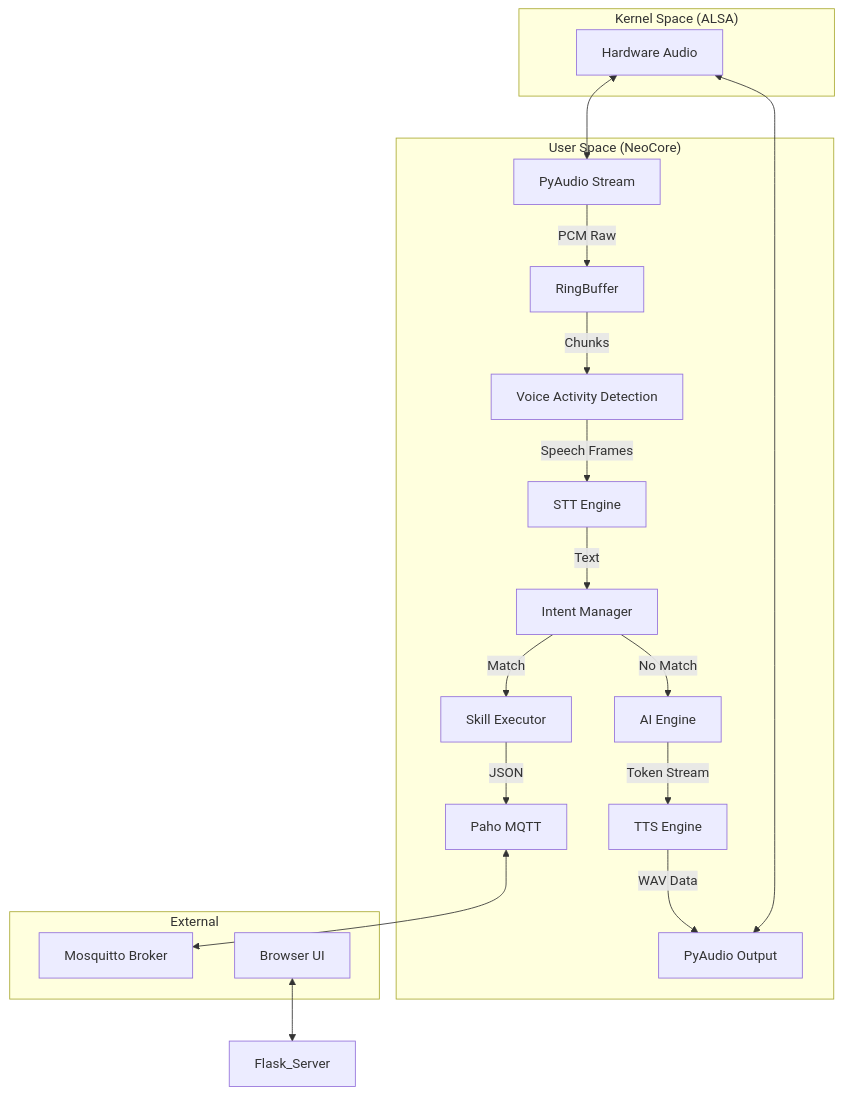
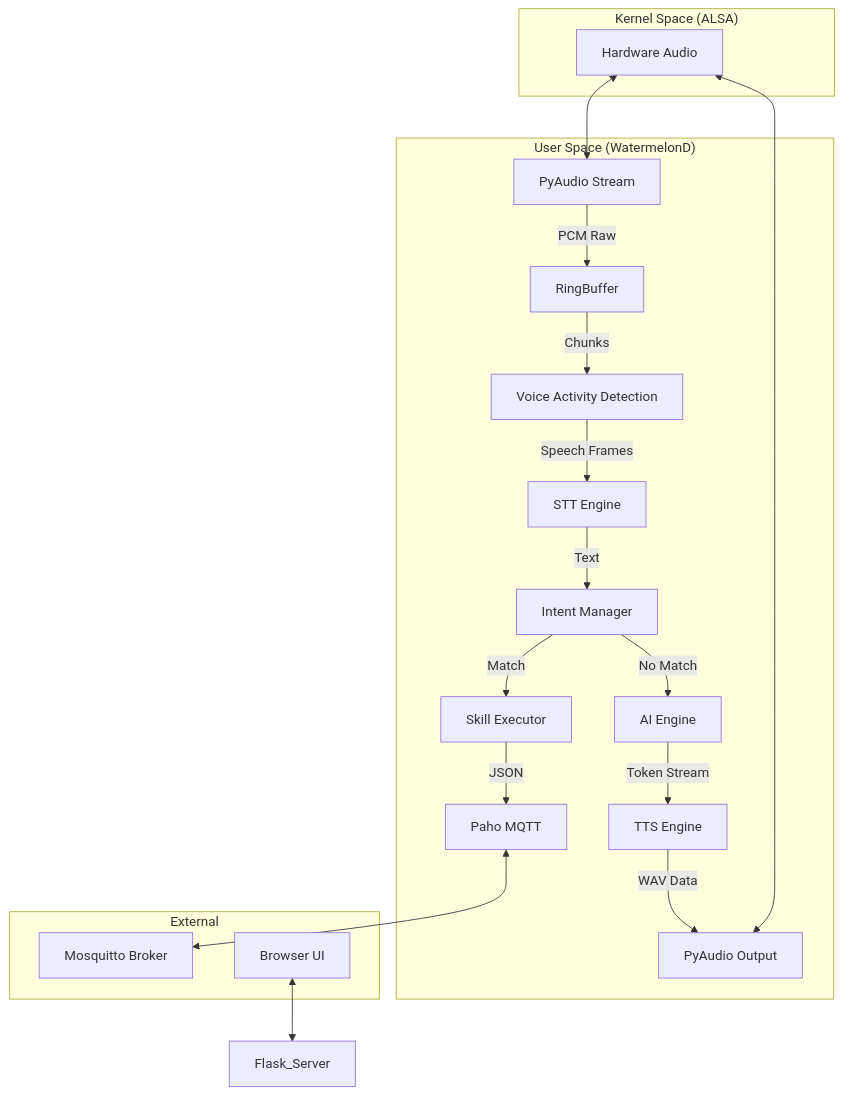
The first of 2 diagrams in docsMD/27_JuanRaulRodriguezGil_SegundaEntrega_PROY.md (OpenMacedonIA/WatermelonD), drawn with Mermaid before and after one commit. The commit also changed other lines of this file and 28 other files, not shown here.

````diff
--- a/docsMD/27_JuanRaulRodriguezGil_SegundaEntrega_PROY.md
+++ b/docsMD/27_JuanRaulRodriguezGil_SegundaEntrega_PROY.md
@@ -1192,31 +1192,31 @@
 ```mermaid
 graph TD
  subgraph "Kernel Space (ALSA)"
  HW[Hardware Audio]
  end
 
- subgraph "User Space (NeoCore)"
+ subgraph "User Space (WatermelonD)"
  Mic[PyAudio Stream] -->|PCM Raw| RingBuffer
  RingBuffer -->|Chunks| VAD[Voice Activity Detection]
  VAD -->|Speech Frames| STT[STT Engine]
  STT -->|Text| Intent[Intent Manager]
  
  Intent -->|Match| Skill[Skill Executor]
  Intent -->|No Match| LLM[AI Engine ]
  
  LLM -->|Token Stream| TTS[TTS Engine]
  TTS -->|WAV Data| Speaker[PyAudio Output]
  
  Skill -->|JSON| MQTT_Client[Paho MQTT]
  end
  
  subgraph "External"
  MQTT_Broker[Mosquitto Broker]
  WebClient[Browser UI]
  end
 
  HW <--> Mic
  HW <--> Speaker
  MQTT_Client <--> MQTT_Broker
  WebClient <--> Flask_Server
 ```
````
